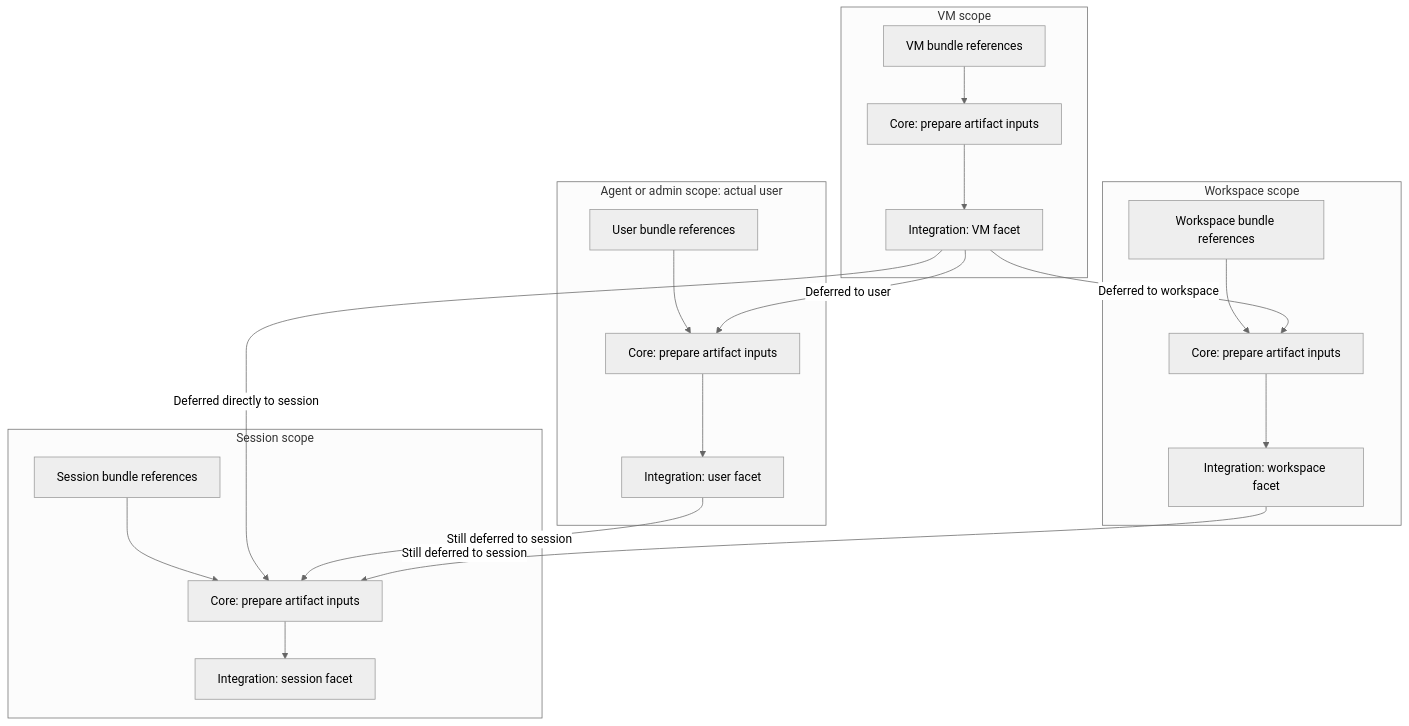
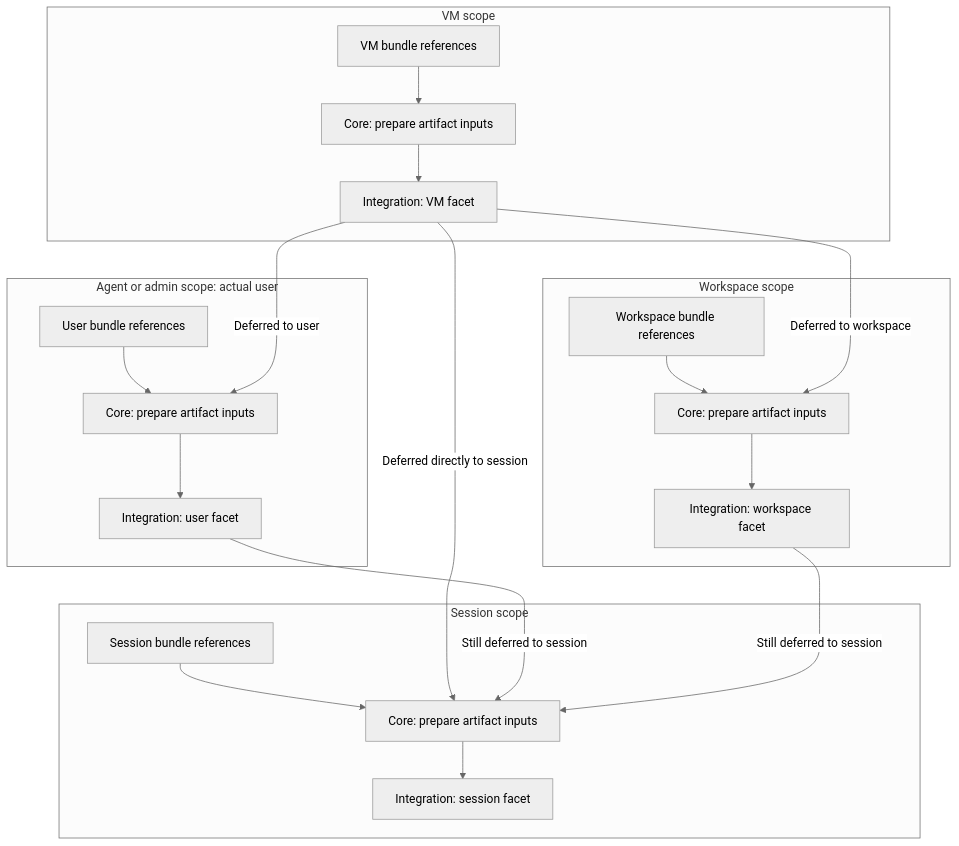
One commit to WayfarerLabs/agentworks changed the diagram in docs/sdd/2026-09-12-agent-artifacts/hla.md. Above: the diagram before and after it, drawn with Mermaid (neutral theme).

Commit message:
docs(sdd): align artifact diagram scope boundaries
Agentworks-Session: agw-ns-harness-facets

````diff
--- a/docs/sdd/2026-09-12-agent-artifacts/hla.md
+++ b/docs/sdd/2026-09-12-agent-artifacts/hla.md
@@ -34,28 +34,34 @@
 ```mermaid
 flowchart TB
     subgraph VM["VM scope"]
         VB["VM bundle references"] --> VC["Core: prepare artifact inputs"]
         VC --> VF["Integration: VM facet"]
     end
 
     subgraph USER["Agent or admin scope: actual user"]
         UB["User bundle references"] --> UC["Core: prepare artifact inputs"]
         UC --> UF["Integration: user facet"]
     end
 
     subgraph WORKSPACE["Workspace scope"]
         WB["Workspace bundle references"] --> WC["Core: prepare artifact inputs"]
         WC --> WF["Integration: workspace facet"]
     end
 
     subgraph SESSION["Session scope"]
         SB["Session bundle references"] --> SC["Core: prepare artifact inputs"]
         SC --> SF["Integration: session facet"]
     end
 
     VF -->|Deferred to user| UC
     VF -->|Deferred to workspace| WC
     VF -->|Deferred directly to session| SC
     UF -->|Still deferred to session| SC
     WF -->|Still deferred to session| SC
+
+    %% Align local bundle inputs with their owning scope in the flow.
+    VF ~~~ UB
+    VF ~~~ WB
+    UF ~~~ SB
+    WF ~~~ SB
 ```
````
